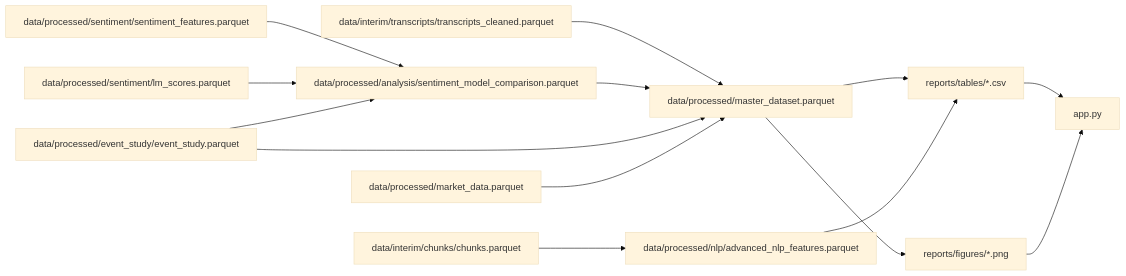
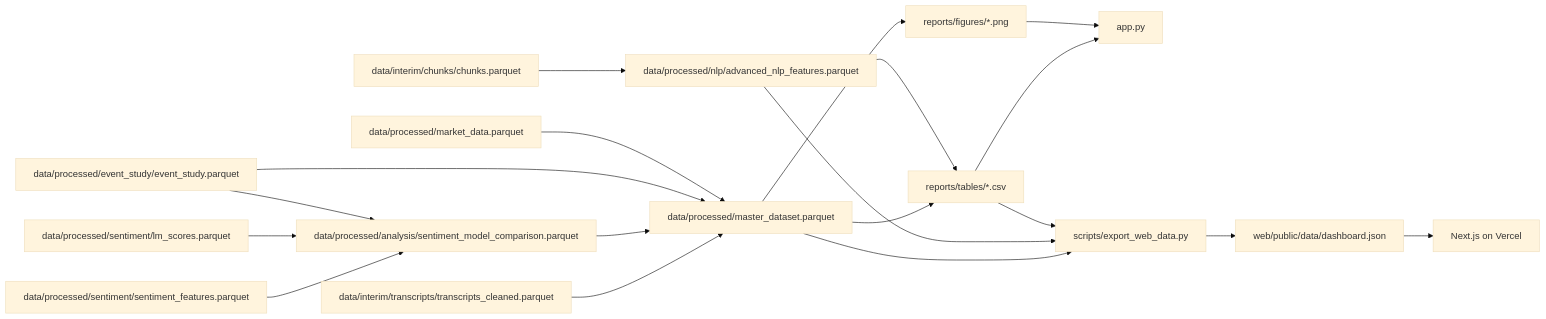
The second of 2 diagrams in docs/architecture.md (imayankss/EarningsLens), drawn with Mermaid (base theme) before and after one commit. The commit also changed other lines of this file and 27 other files, not shown here.

````diff
--- a/docs/architecture.md
+++ b/docs/architecture.md
@@ -32,29 +37,37 @@
 ```mermaid
 flowchart LR
     T[data/interim/transcripts/transcripts_cleaned.parquet]
     C[data/interim/chunks/chunks.parquet]
     F[data/processed/sentiment/sentiment_features.parquet]
     L[data/processed/sentiment/lm_scores.parquet]
     E[data/processed/event_study/event_study.parquet]
     M[data/processed/market_data.parquet]
     X[data/processed/analysis/sentiment_model_comparison.parquet]
     D[data/processed/master_dataset.parquet]
     N[data/processed/nlp/advanced_nlp_features.parquet]
     R[reports/tables/*.csv]
     G[reports/figures/*.png]
     S[app.py]
+    W[scripts/export_web_data.py]
+    J[web/public/data/dashboard.json]
+    V[Next.js on Vercel]
 
     T --> D
     F --> X
     L --> X
     E --> X
     X --> D
     E --> D
     M --> D
     C --> N
     D --> R
     N --> R
     D --> G
     R --> S
     G --> S
+    D --> W
+    N --> W
+    R --> W
+    W --> J
+    J --> V
 ```
````
